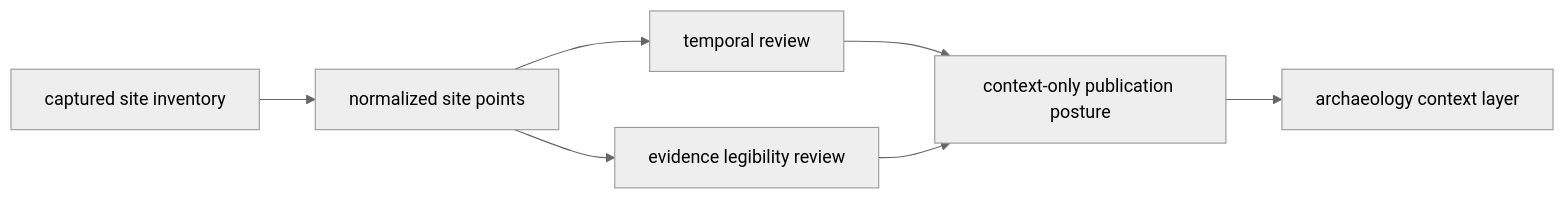
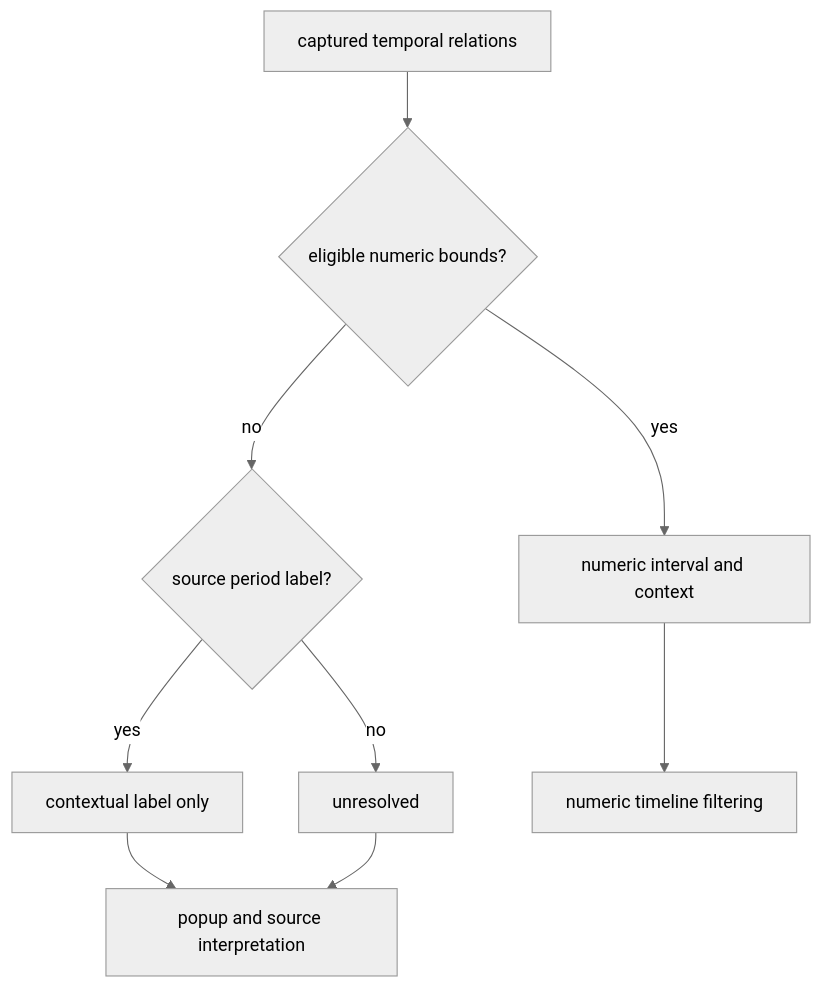
Before and after one commit to bijux/bijux-pollenomics: the second of 3 diagrams in docs/public/pollenomics-data/sources/sead.md, drawn with Mermaid (neutral theme). The commit also changed other lines of this file and 9 other files, not shown here.

Commit message:
docs(sead): teach mixed temporal evidence

````diff
--- a/docs/public/pollenomics-data/sources/sead.md
+++ b/docs/public/pollenomics-data/sources/sead.md
@@ -77,9 +105,11 @@
 ```mermaid
-flowchart LR
-    Capture["captured site inventory"] --> Normalize["normalized site points"]
-    Normalize --> Temporal["temporal review"]
-    Normalize --> Legibility["evidence legibility review"]
-    Temporal --> Context["context-only publication posture"]
-    Legibility --> Context
-    Context --> Product["archaeology context layer"]
+flowchart TD
+    Relations["captured temporal relations"] --> Numeric{"eligible numeric bounds?"}
+    Numeric -->|yes| Timed["numeric interval and context"]
+    Numeric -->|no| Label{"source period label?"}
+    Label -->|yes| Context["contextual label only"]
+    Label -->|no| Unresolved["unresolved"]
+    Timed --> Slider["numeric timeline filtering"]
+    Context --> Reading["popup and source interpretation"]
+    Unresolved --> Reading
 ```
````
